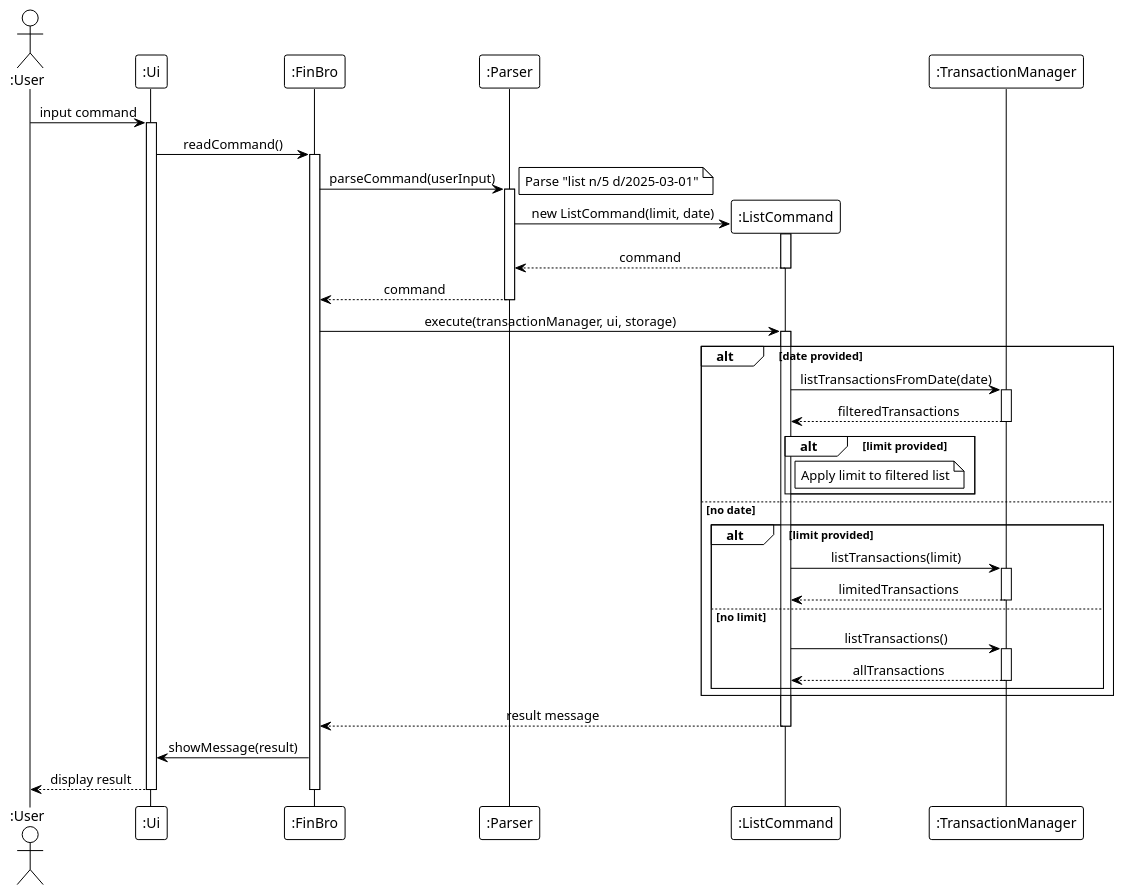
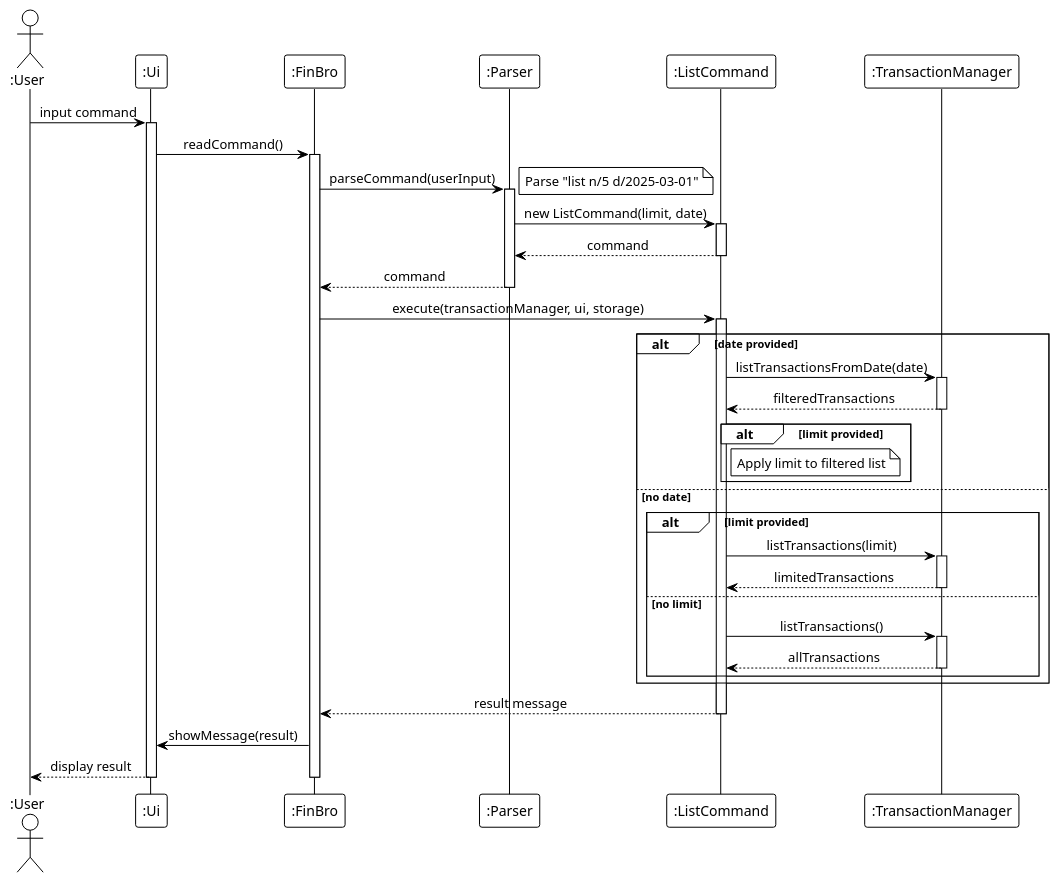
One commit to laitcanard05/tp changed the diagram in docs/diagrams/puml/sequence/sequence-list.puml. Above: the diagram before and after it, drawn with PlantUML. The commit also changed 7 other files, not shown here.

Commit message:
fix diagrams

```diff
--- a/docs/diagrams/puml/sequence/sequence-list.puml
+++ b/docs/diagrams/puml/sequence/sequence-list.puml
@@ -1,64 +1,64 @@
 @startuml
 !theme plain
 skinparam sequenceMessageAlign center
 skinparam responseMessageBelowArrow true
 
 actor ":User" as User
 participant ":Ui" as UI
 participant ":FinBro" as FinBro
 participant ":Parser" as Parser
 participant ":ListCommand" as ListCommand
 participant ":TransactionManager" as TransactionMgr
 
 User -> UI : input command
 activate UI
 
 UI -> FinBro : readCommand()
 activate FinBro
 
 FinBro -> Parser : parseCommand(userInput)
 activate Parser
 note right: Parse "list n/5 d/2025-03-01"
 
-Parser -> ListCommand** : new ListCommand(limit, date)
+Parser -> ListCommand : new ListCommand(limit, date)
 activate ListCommand
 ListCommand --> Parser : command
 deactivate ListCommand
 Parser --> FinBro : command
 deactivate Parser
 
 FinBro -> ListCommand : execute(transactionManager, ui, storage)
 activate ListCommand
 
 alt date provided
     ListCommand -> TransactionMgr : listTransactionsFromDate(date)
     activate TransactionMgr
     TransactionMgr --> ListCommand : filteredTransactions
     deactivate TransactionMgr
 
     alt limit provided
         note right of ListCommand: Apply limit to filtered list
     end
 else no date
     alt limit provided
         ListCommand -> TransactionMgr : listTransactions(limit)
         activate TransactionMgr
         TransactionMgr --> ListCommand : limitedTransactions
         deactivate TransactionMgr
     else no limit
         ListCommand -> TransactionMgr : listTransactions()
         activate TransactionMgr
         TransactionMgr --> ListCommand : allTransactions
         deactivate TransactionMgr
     end
 end
 
 ListCommand --> FinBro : result message
 deactivate ListCommand
 
 FinBro -> UI : showMessage(result)
 UI --> User : display result
 deactivate UI
 deactivate FinBro
 
 @enduml
```
